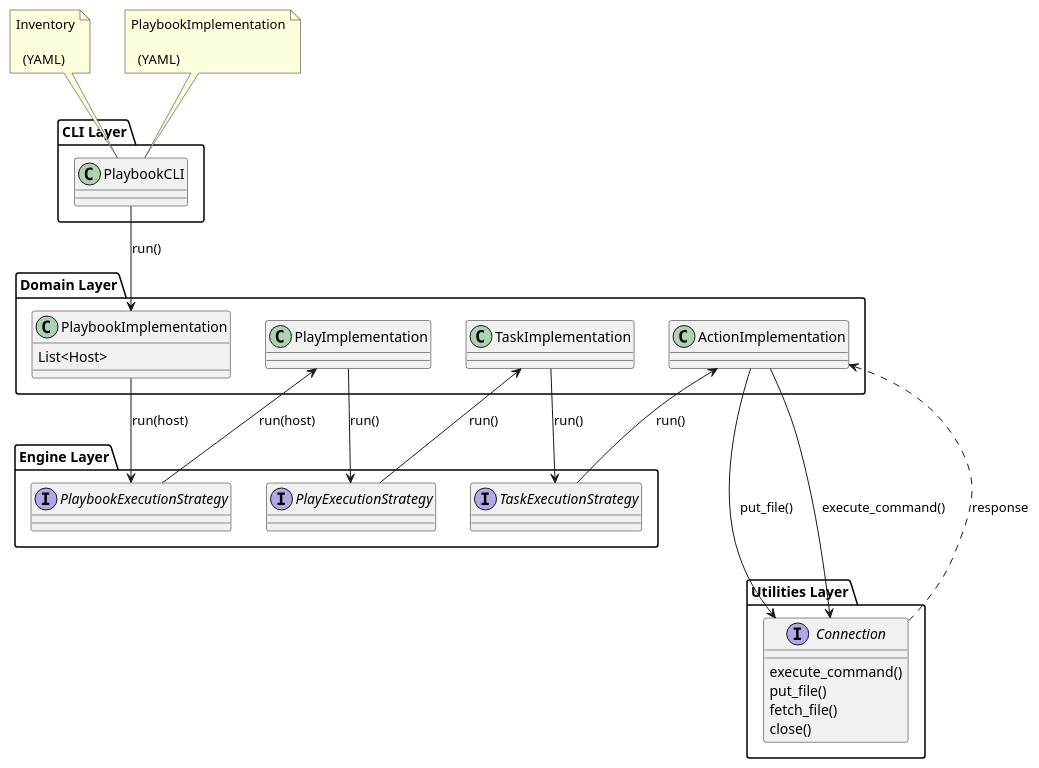
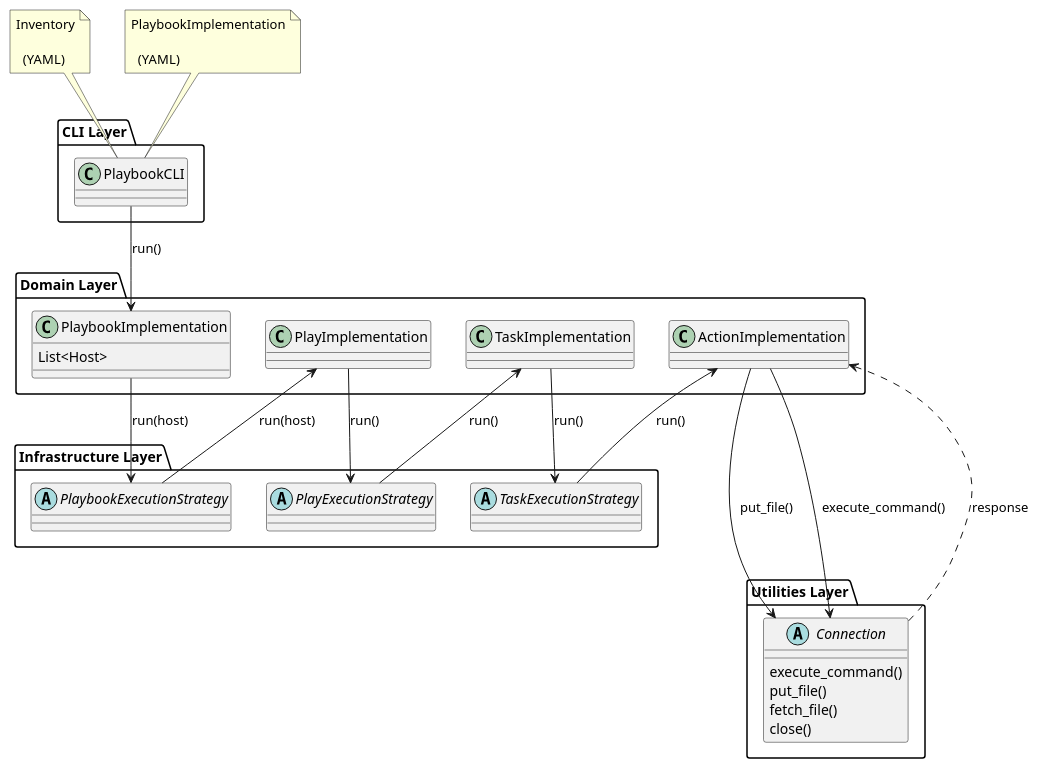
One commit to ezequiels/nazz changed the diagram in project/uml/engineFuncRevisedFinal.puml. Above: the diagram before and after it, drawn with PlantUML. The commit also changed 2 other files, not shown here.

Commit message:
Transparency and interface->abstract

```diff
--- a/project/uml/engineFuncRevisedFinal.puml
+++ b/project/uml/engineFuncRevisedFinal.puml
@@ -1,80 +1,81 @@
 @startuml
 
+skinparam backgroundcolor transparent
 
 package "Utilities Layer" {
 
-    interface Connection
+    abstract Connection
     Connection : execute_command()
     Connection : put_file()
     Connection : fetch_file()
     Connection : close()
 }
 
 Package "CLI Layer" {
     class PlaybookCLI
 }
 
 note as n1
 Inventory
 
   (YAML)
 end note
 
 n1..> PlaybookCLI
 
 note as n2
 PlaybookImplementation
 
   (YAML)
 end note
 
 n2..> PlaybookCLI
 
 
 Package "Domain Layer" {
 
     class PlaybookImplementation
     PlaybookImplementation : List<Host>
 '    PlaybookImplementation -> PlayImplementation : run(host)
     PlaybookCLI --> PlaybookImplementation : run()
 
     class PlayImplementation
 '    PlayImplementation -> TaskImplementation : run()
 
     class TaskImplementation
 '    TaskImplementation -> ActionImplementation : run()
 
     class ActionImplementation
 '    ActionImplementation : run()
     ActionImplementation ---> Connection : put_file()
     ActionImplementation --> Connection : execute_command()
     ActionImplementation <.. Connection : response
 }
 
-Package "Engine Layer" {
+Package "Infrastructure Layer" {
 
-    interface PlaybookExecutionStrategy
+    abstract PlaybookExecutionStrategy
 '    PlaybookExecutor : run()
         PlaybookImplementation --> PlaybookExecutionStrategy : run(host)
         PlaybookExecutionStrategy --> PlayImplementation : run(host)
 
-    interface PlayExecutionStrategy
+    abstract PlayExecutionStrategy
         PlayImplementation --> PlayExecutionStrategy : run()
         PlayExecutionStrategy --> TaskImplementation : run()
 '        TaskQueueManager <.. TaskImplementation : result
 
 '    class ConcurrencyStrategy
 '    StrategyBase : run(PlayIterator, PlayContext)
 '    StrategyBase -> WorkerProcess : run()
 '    StrategyBase <. WorkerProcess : result
 
-    interface TaskExecutionStrategy
+    abstract TaskExecutionStrategy
         TaskImplementation --> TaskExecutionStrategy : run()
         TaskExecutionStrategy --> ActionImplementation : run()
 '    TaskExecutor : host
 '    TaskExecutor -> ActionBase : run()
 '    TaskExecutor <.. ActionBase : data
 
 }
 
 @enduml
```
